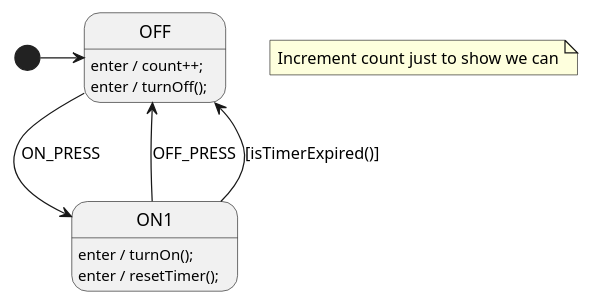
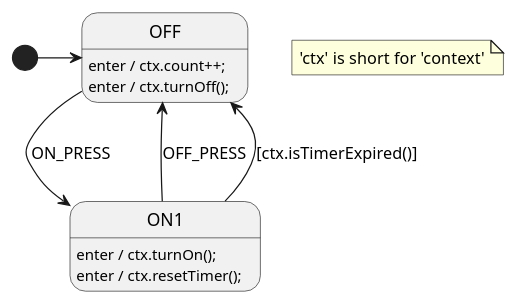
The diagram in lesson-3/composition/LightSm.plantuml (StateSmith/tutorial-3), drawn with PlantUML before and after one commit. The commit also changed 21 other files, not shown here.

```diff
--- a/lesson-3/composition/LightSm.plantuml
+++ b/lesson-3/composition/LightSm.plantuml
@@ -1,36 +1,37 @@
 @startuml LightSm
 
 ' STATES
 state OFF
 state ON1
 
 ' STATE HANDLERS
 [*] -> OFF
 
-OFF: enter / count++;
-OFF: enter / turnOff();
+OFF: enter / ctx.count++;
+OFF: enter / ctx.turnOff();
 OFF --> ON1: ON_PRESS
 
-note "Increment count just to show we can" as N1
+note "'ctx' is short for 'context'" as N1
 
-ON1: enter / turnOn();
-ON1: enter / resetTimer();
+ON1: enter / ctx.turnOn();
+ON1: enter / ctx.resetTimer();
 ON1 --> OFF: OFF_PRESS
-ON1 --> OFF: [isTimerExpired()]
+ON1 --> OFF: [ctx.isTimerExpired()]
 
+' //////////////////////// StateSmith config ////////////////////////
+' The below special comment block sets the StateSmith configuration.
+' More info: https://github.com/StateSmith/StateSmith/issues/335
 
 /'! $CONFIG : toml
-# This is a TOML comment line
-
 SmRunnerSettings.transpilerId = "JavaScript"
-
-# Below is a TOML "table"
-# It's like a prefix for all the keys below it until the next table
-[RenderConfig]
-VariableDeclarations = """
-    // needs to be set before running the state machine
-    myInterface: null,
+SmRunnerSettings.simulation.enableGeneration = false  # just to show it off
+RenderConfig.AutoExpandedVars = """
+    /**
+     * The context object that provides functions and variables to the state machine.
+     * This state machine variable must be set before starting the state machine.
+     * @type {LightSmContext}
+     */
+    ctx: null, 
     """
-DefaultAnyExpTemplate = "{VarsPath}myInterface.{AutoNameCopy()}"
 '/
 @enduml
```
